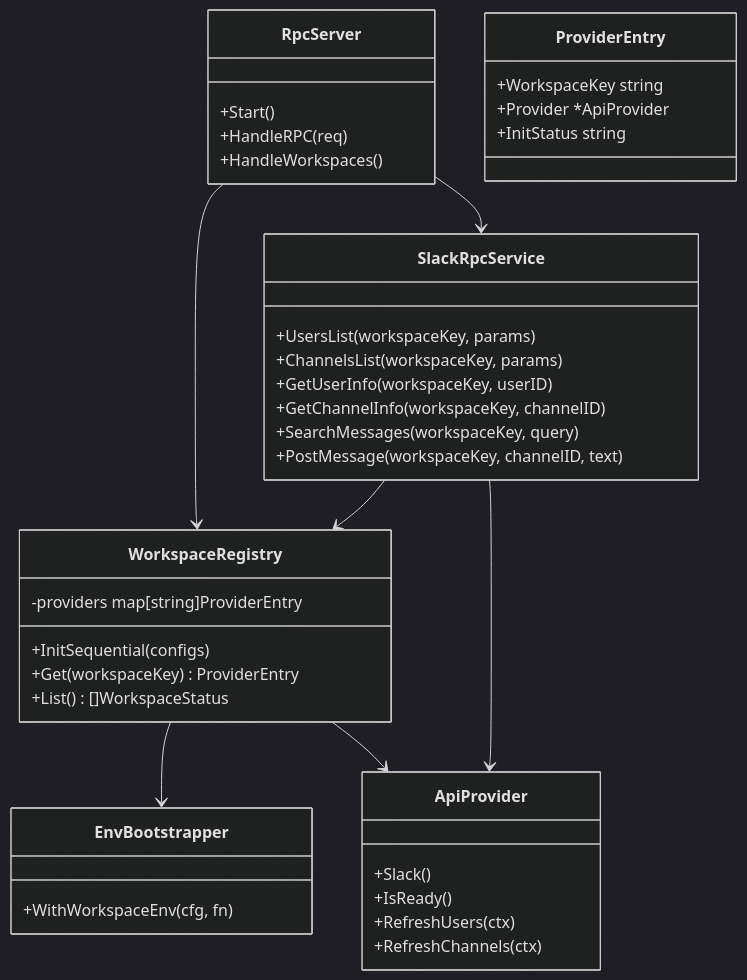
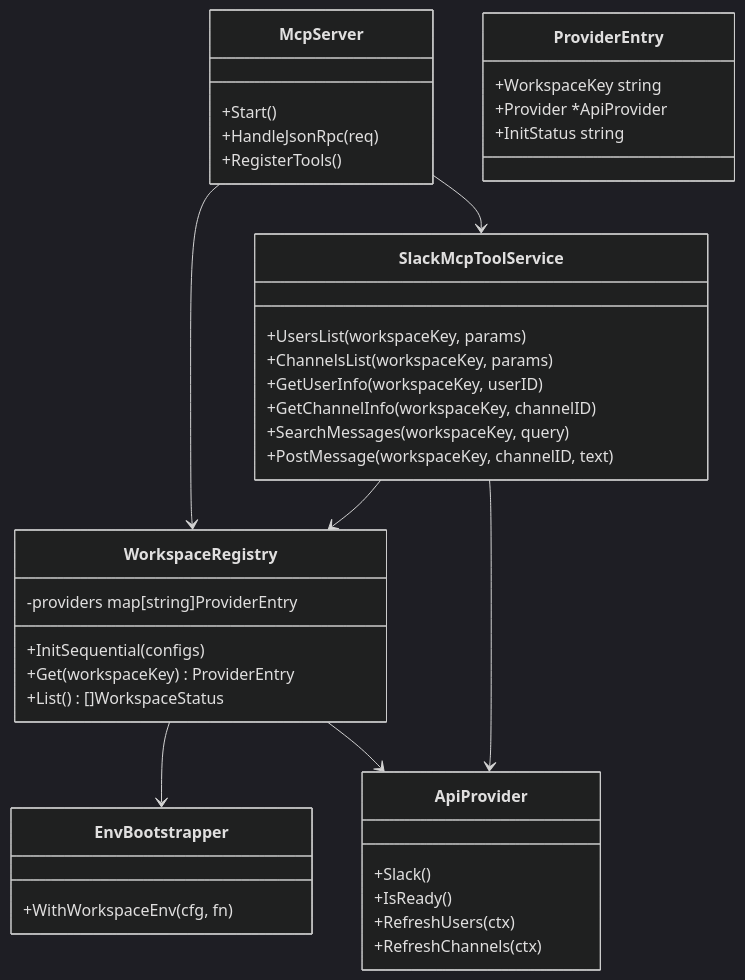
One commit to masahide/adjutant changed the first of 2 diagrams in doc/plan/260226-s01-slack-rpc-multi-account-provider-bootstrap.md. Above: the diagram before and after it, drawn with Mermaid (dark theme). The commit also changed other lines of this file and 18 other files, not shown here.

First line of the commit message:
feat: Slack RPC Gatewayの設定と環境ブートストラップ機能を追加

````diff
--- a/doc/plan/260226-s01-slack-rpc-multi-account-provider-bootstrap.md
+++ b/doc/plan/260226-s01-slack-rpc-multi-account-provider-bootstrap.md
@@ -236,48 +250,48 @@
 ```mermaid
 classDiagram
-  class RpcServer {
+  class McpServer {
     +Start()
-    +HandleRPC(req)
-    +HandleWorkspaces()
+    +HandleJsonRpc(req)
+    +RegisterTools()
   }
 
   class WorkspaceRegistry {
     -providers map[string]ProviderEntry
     +InitSequential(configs)
     +Get(workspaceKey) ProviderEntry
     +List() []WorkspaceStatus
   }
 
   class EnvBootstrapper {
     +WithWorkspaceEnv(cfg, fn)
   }
 
   class ProviderEntry {
     +WorkspaceKey string
     +Provider *ApiProvider
     +InitStatus string
   }
 
-  class SlackRpcService {
+  class SlackMcpToolService {
     +UsersList(workspaceKey, params)
     +ChannelsList(workspaceKey, params)
     +GetUserInfo(workspaceKey, userID)
     +GetChannelInfo(workspaceKey, channelID)
     +SearchMessages(workspaceKey, query)
     +PostMessage(workspaceKey, channelID, text)
   }
 
   class ApiProvider {
     +Slack()
     +IsReady()
     +RefreshUsers(ctx)
     +RefreshChannels(ctx)
   }
 
-  RpcServer --> WorkspaceRegistry
-  RpcServer --> SlackRpcService
+  McpServer --> WorkspaceRegistry
+  McpServer --> SlackMcpToolService
   WorkspaceRegistry --> EnvBootstrapper
   WorkspaceRegistry --> ApiProvider
-  SlackRpcService --> WorkspaceRegistry
-  SlackRpcService --> ApiProvider
+  SlackMcpToolService --> WorkspaceRegistry
+  SlackMcpToolService --> ApiProvider
 ```
````
